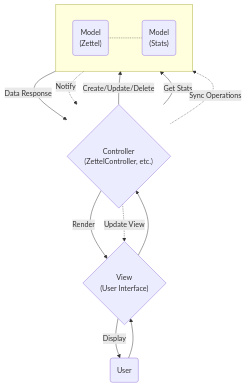
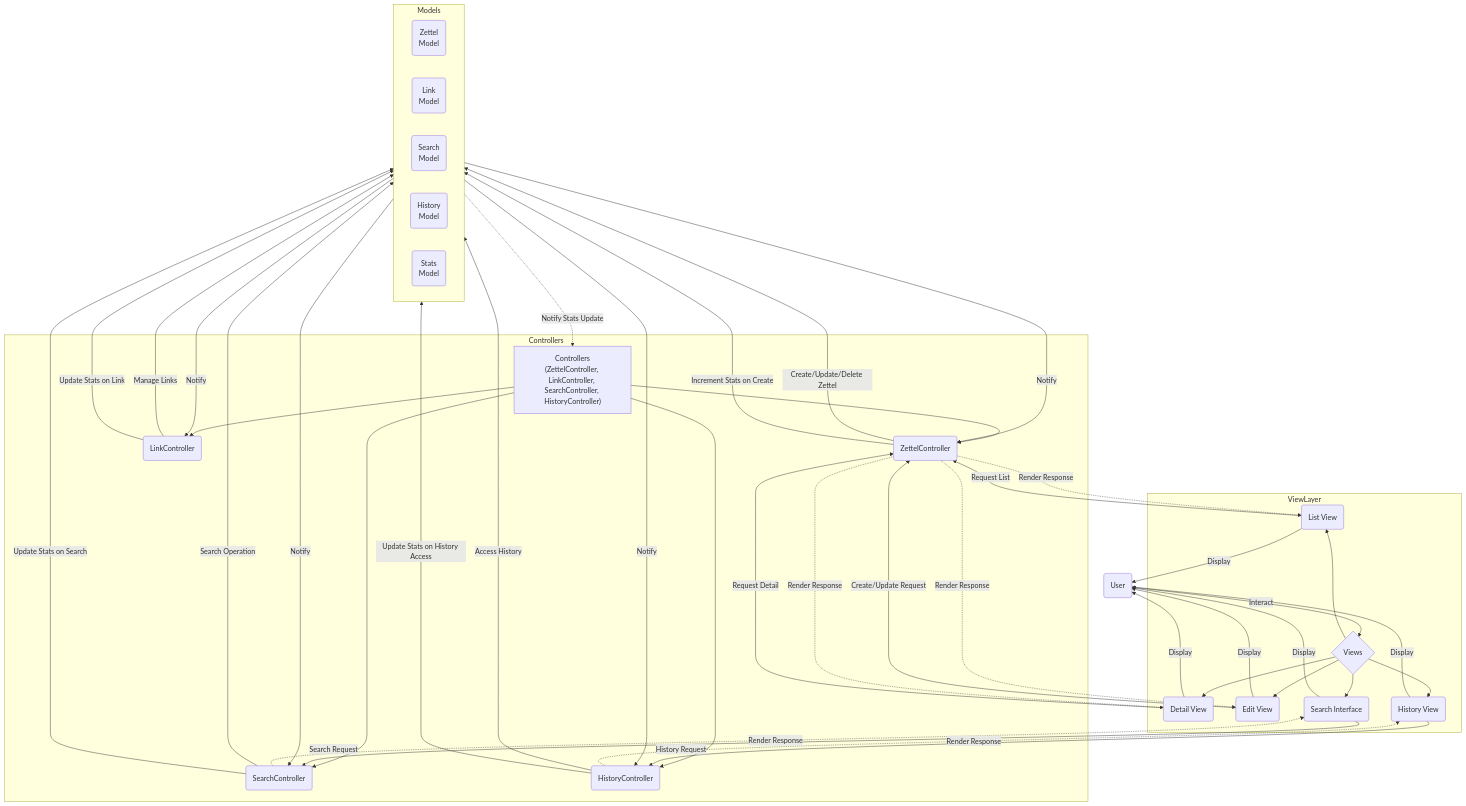
The second of 2 diagrams in ARCHITECTURE.md (Odas0R/zet-cmd), drawn with Mermaid before and after one commit. The commit also changed other lines of this file, not shown here.

````diff
--- a/ARCHITECTURE.md
+++ b/ARCHITECTURE.md
@@ -117,22 +155,56 @@
 ```mermaid
 flowchart TD
-    User("User") --> View{"View\n(User Interface)"}
-    View --> Controller{"Controller\n(ZettelController, etc.)"}
+    User("User") -->|Interact| V{"Views"}
 
-    subgraph ModelLayer [" "]
-    direction LR
-    ZM("Model\n(Zettel)") -.- SM("Model\n(Stats)")
+    subgraph ViewLayer
+    V --> LV("List View")
+    V --> DV("Detail View")
+    V --> EV("Edit View")
+    V --> SV("Search Interface")
+    V --> HV("History View")
     end
 
-    Controller -->|Create/Update/Delete| ModelLayer
-    Controller -->|Get Stats| ModelLayer
+    subgraph Controllers
+    C["Controllers\n(ZettelController, LinkController, \nSearchController, HistoryController)"] --> ZC("ZettelController")
+    C --> LC("LinkController")
+    C --> SC("SearchController")
+    C --> HC("HistoryController")
+    end
 
-    ModelLayer -->|Data Response| Controller
+    LV -->|Request List| ZC
+    DV -->|Request Detail| ZC
+    EV -->|Create/Update Request| ZC
+    SV -->|Search Request| SC
+    HV -->|History Request| HC
 
-    Controller -->|Render| View
-    View -->|Display| User
+    subgraph Models
+    direction LR
+    Z("Zettel\nModel") -->|Notify| ZC
+    L("Link\nModel") -->|Notify| LC
+    S("Search\nModel") -->|Notify| SC
+    H("History\nModel") -->|Notify| HC
+    SM("Stats\nModel") -.->|Notify Stats Update| C
+    end
 
-    Controller -.->|Sync Operations| ModelLayer
-    ModelLayer -.->|Notify| Controller
-    Controller -.->|Update View| View
+    ZC -.->|Render Response| LV
+    ZC -.->|Render Response| DV
+    ZC -.->|Render Response| EV
+    SC -.->|Render Response| SV
+    HC -.->|Render Response| HV
+
+    LV -->|Display| User
+    DV -->|Display| User
+    EV -->|Display| User
+    SV -->|Display| User
+    HV -->|Display| User
+
+    ZC -->|Create/Update/Delete Zettel| Z
+    LC -->|Manage Links| L
+    SC -->|Search Operation| S
+    HC -->|Access History| H
+    ZC -->|Increment Stats on Create| SM
+    LC -->|Update Stats on Link| SM
+    HC -->|Update Stats on History Access| SM
+    SC -->|Update Stats on Search| SM
+
 ```
````
